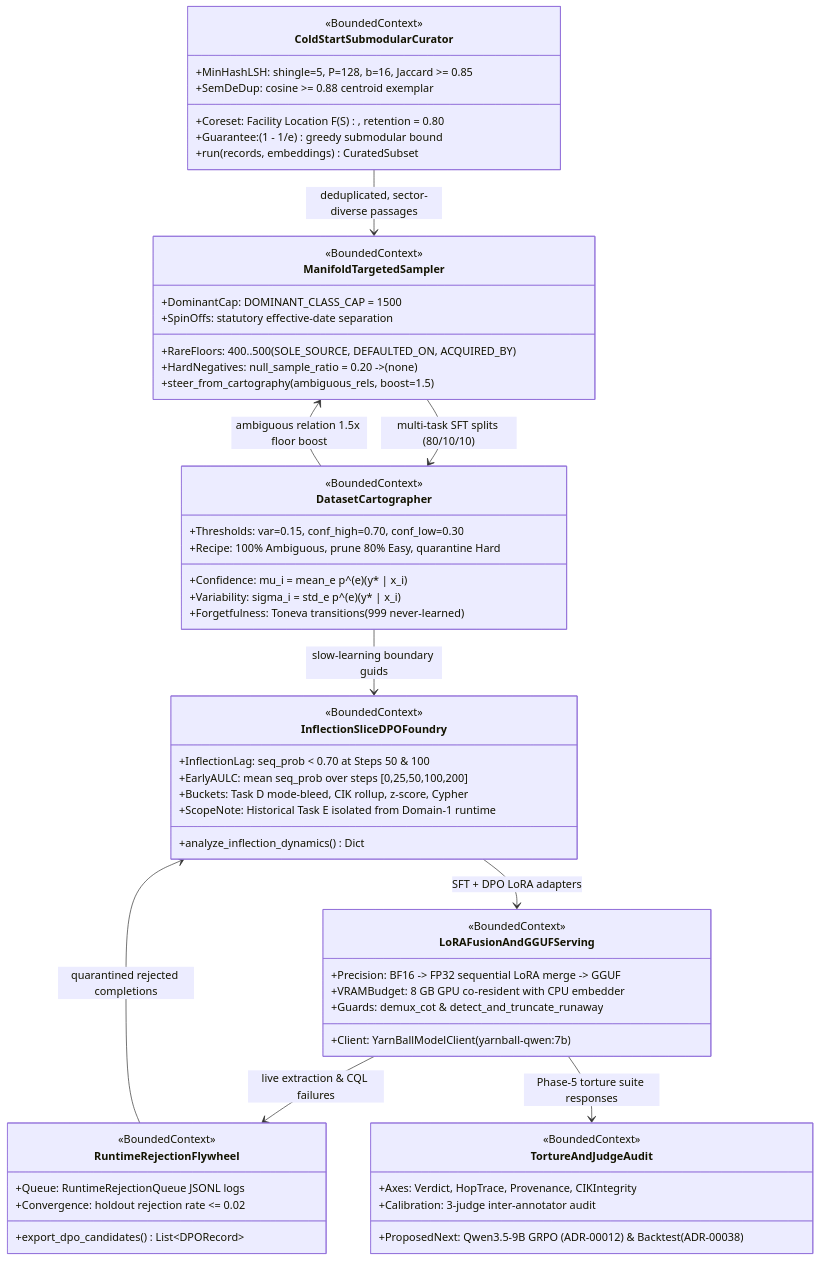
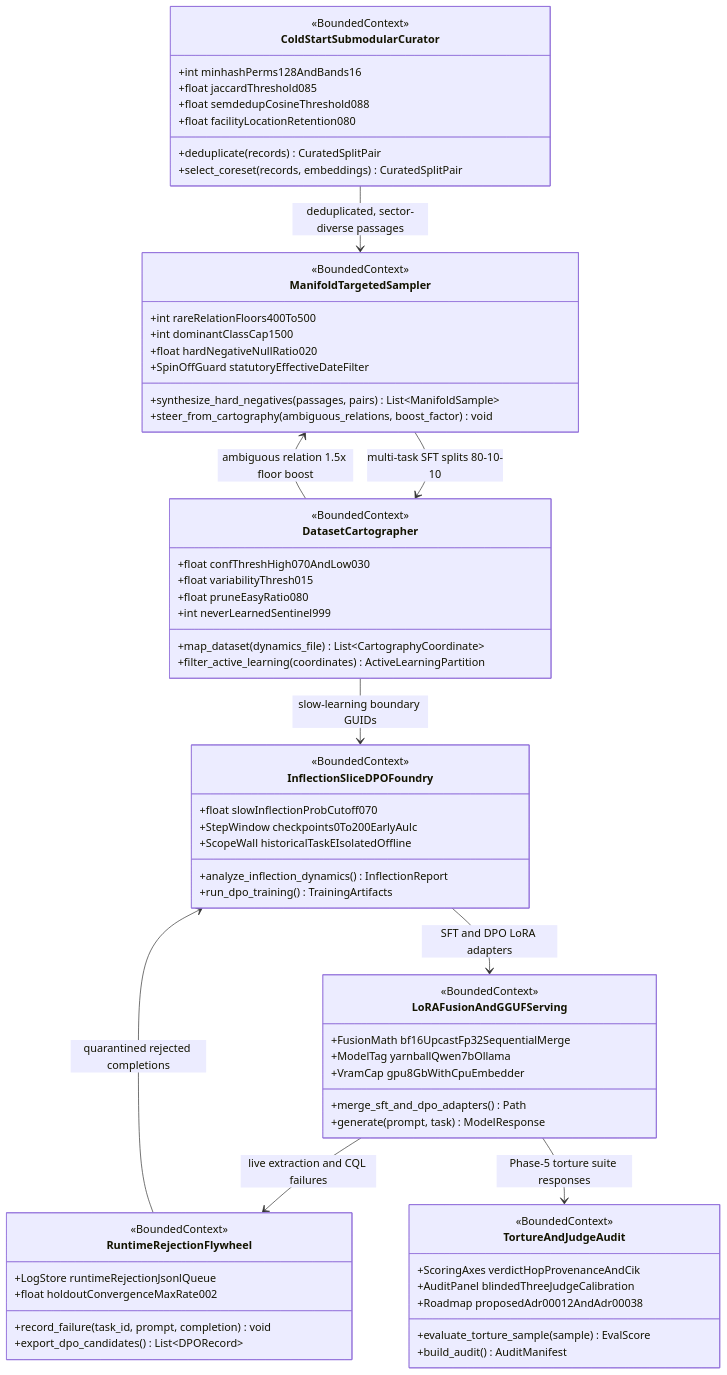
One commit to CamiloEmiliano/YarnBall changed the first of 4 diagrams in docs/technical-report/04-curation-and-model-foundry.md. Above: the diagram before and after it, drawn with Mermaid. The commit also changed other lines of this file and 6 other files, not shown here.

Commit message:
docs(technical-report): fix Mermaid rendering, Monograph numbering, notation, and Ch.0 layout

````diff
--- a/docs/technical-report/04-curation-and-model-foundry.md
+++ b/docs/technical-report/04-curation-and-model-foundry.md
@@ -17,71 +17,78 @@
 ```mermaid
 classDiagram
     direction TB
 
     class ColdStartSubmodularCurator {
         <<BoundedContext>>
-        +MinHashLSH: shingle=5, P=128, b=16, Jaccard >= 0.85
-        +SemDeDup: cosine >= 0.88 centroid exemplar
-        +Coreset: Facility Location F(S), retention = 0.80
-        +Guarantee: (1 - 1/e) greedy submodular bound
-        +run(records, embeddings) CuratedSubset
+        +int minhashPerms128AndBands16
+        +float jaccardThreshold085
+        +float semdedupCosineThreshold088
+        +float facilityLocationRetention080
+        +deduplicate(records) CuratedSplitPair
+        +select_coreset(records, embeddings) CuratedSplitPair
     }
 
     class ManifoldTargetedSampler {
         <<BoundedContext>>
-        +RareFloors: 400..500 (SOLE_SOURCE, DEFAULTED_ON, ACQUIRED_BY)
-        +DominantCap: DOMINANT_CLASS_CAP = 1500
-        +HardNegatives: null_sample_ratio = 0.20 -> (none)
-        +SpinOffs: statutory effective-date separation
-        +steer_from_cartography(ambiguous_rels, boost=1.5)
+        +int rareRelationFloors400To500
+        +int dominantClassCap1500
+        +float hardNegativeNullRatio020
+        +SpinOffGuard statutoryEffectiveDateFilter
+        +synthesize_hard_negatives(passages, pairs) List~ManifoldSample~
+        +steer_from_cartography(ambiguous_relations, boost_factor) void
     }
 
     class DatasetCartographer {
         <<BoundedContext>>
-        +Confidence: mu_i = mean_e p^(e)(y* | x_i)
-        +Variability: sigma_i = std_e p^(e)(y* | x_i)
-        +Thresholds: var=0.15, conf_high=0.70, conf_low=0.30
-        +Recipe: 100% Ambiguous, prune 80% Easy, quarantine Hard
-        +Forgetfulness: Toneva transitions (999 never-learned)
+        +float confThreshHigh070AndLow030
+        +float variabilityThresh015
+        +float pruneEasyRatio080
+        +int neverLearnedSentinel999
+        +map_dataset(dynamics_file) List~CartographyCoordinate~
+        +filter_active_learning(coordinates) ActiveLearningPartition
     }
 
     class InflectionSliceDPOFoundry {
         <<BoundedContext>>
-        +InflectionLag: seq_prob < 0.70 at Steps 50 & 100
-        +EarlyAULC: mean seq_prob over steps [0,25,50,100,200]
-        +Buckets: Task D mode-bleed, CIK rollup, z-score, Cypher
-        +ScopeNote: Historical Task E isolated from Domain-1 runtime
-        +analyze_inflection_dynamics() Dict
+        +float slowInflectionProbCutoff070
+        +StepWindow checkpoints0To200EarlyAulc
+        +ScopeWall historicalTaskEIsolatedOffline
+        +analyze_inflection_dynamics() InflectionReport
+        +run_dpo_training() TrainingArtifacts
     }
 
     class LoRAFusionAndGGUFServing {
         <<BoundedContext>>
-        +Precision: BF16 -> FP32 sequential LoRA merge -> GGUF
-        +Client: YarnBallModelClient (yarnball-qwen:7b)
-        +VRAMBudget: 8 GB GPU co-resident with CPU embedder
-        +Guards: demux_cot & detect_and_truncate_runaway
+        +FusionMath bf16UpcastFp32SequentialMerge
+        +ModelTag yarnballQwen7bOllama
+        +VramCap gpu8GbWithCpuEmbedder
+        +merge_sft_and_dpo_adapters() Path
+        +generate(prompt, task) ModelResponse
     }
 
     class RuntimeRejectionFlywheel {
         <<BoundedContext>>
-        +Queue: RuntimeRejectionQueue JSONL logs
-        +Convergence: holdout rejection rate <= 0.02
+        +LogStore runtimeRejectionJsonlQueue
+        +float holdoutConvergenceMaxRate002
+        +record_failure(task_id, prompt, completion) void
         +export_dpo_candidates() List~DPORecord~
     }
 
     class TortureAndJudgeAudit {
         <<BoundedContext>>
-        +Axes: Verdict, HopTrace, Provenance, CIKIntegrity
-        +Calibration: 3-judge inter-annotator audit
-        +ProposedNext: Qwen3.5-9B GRPO (ADR-00012) & Backtest (ADR-00038)
+        +ScoringAxes verdictHopProvenanceAndCik
+        +AuditPanel blindedThreeJudgeCalibration
+        +Roadmap proposedAdr00012AndAdr00038
+        +evaluate_torture_sample(sample) EvalScore
+        +build_audit() AuditManifest
     }
 
     ColdStartSubmodularCurator --> ManifoldTargetedSampler : deduplicated, sector-diverse passages
-    ManifoldTargetedSampler --> DatasetCartographer : multi-task SFT splits (80/10/10)
+    ManifoldTargetedSampler --> DatasetCartographer : multi-task SFT splits 80-10-10
     DatasetCartographer --> ManifoldTargetedSampler : ambiguous relation 1.5x floor boost
-    DatasetCartographer --> InflectionSliceDPOFoundry : slow-learning boundary guids
-    InflectionSliceDPOFoundry --> LoRAFusionAndGGUFServing : SFT + DPO LoRA adapters
-    LoRAFusionAndGGUFServing --> RuntimeRejectionFlywheel : live extraction & CQL failures
+    DatasetCartographer --> InflectionSliceDPOFoundry : slow-learning boundary GUIDs
+    InflectionSliceDPOFoundry --> LoRAFusionAndGGUFServing : SFT and DPO LoRA adapters
+    LoRAFusionAndGGUFServing --> RuntimeRejectionFlywheel : live extraction and CQL failures
     RuntimeRejectionFlywheel --> InflectionSliceDPOFoundry : quarantined rejected completions
     LoRAFusionAndGGUFServing --> TortureAndJudgeAudit : Phase-5 torture suite responses
 ```
````
